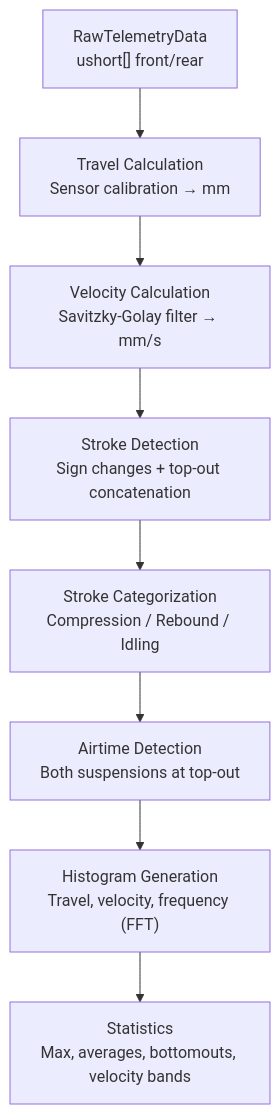
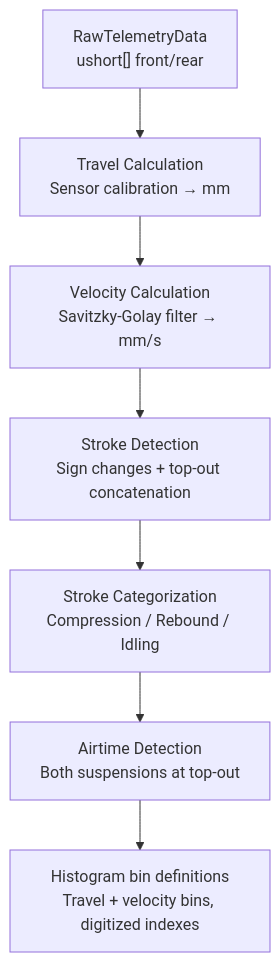
The diagram in docs/architecture/processing.md (MoridinBG/Sufni.app), drawn with Mermaid before and after one commit. The commit also changed other lines of this file and 5 other files, not shown here.

````diff
--- a/docs/architecture/processing.md
+++ b/docs/architecture/processing.md
@@ -7,10 +7,9 @@
 ```mermaid
 graph TD
     Raw["RawTelemetryData<br/>ushort[] front/rear"] --> Travel["Travel Calculation<br/>Sensor calibration → mm"]
     Travel --> Velocity["Velocity Calculation<br/>Savitzky-Golay filter → mm/s"]
     Velocity --> Strokes["Stroke Detection<br/>Sign changes + top-out concatenation"]
     Strokes --> Cat["Stroke Categorization<br/>Compression / Rebound / Idling"]
     Cat --> Air["Airtime Detection<br/>Both suspensions at top-out"]
-    Air --> Hist["Histogram Generation<br/>Travel, velocity, frequency (FFT)"]
-    Hist --> Stats["Statistics<br/>Max, averages, bottomouts, velocity bands"]
+    Air --> Hist["Histogram bin definitions<br/>Travel + velocity bins, digitized indexes"]
 ```
````
